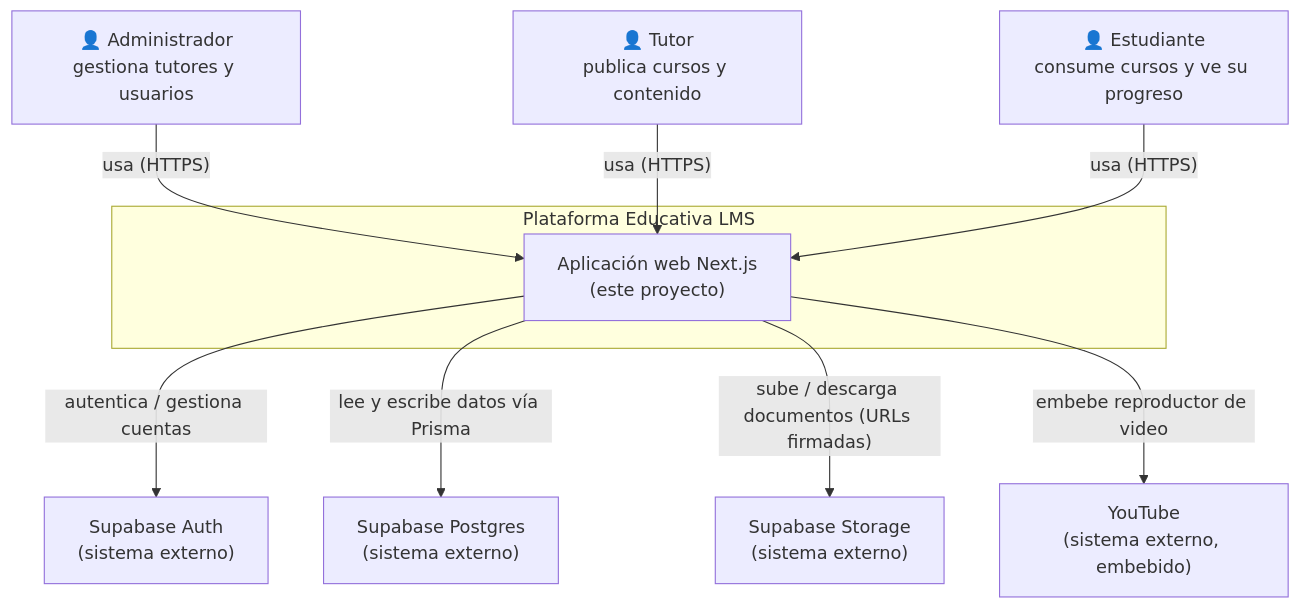
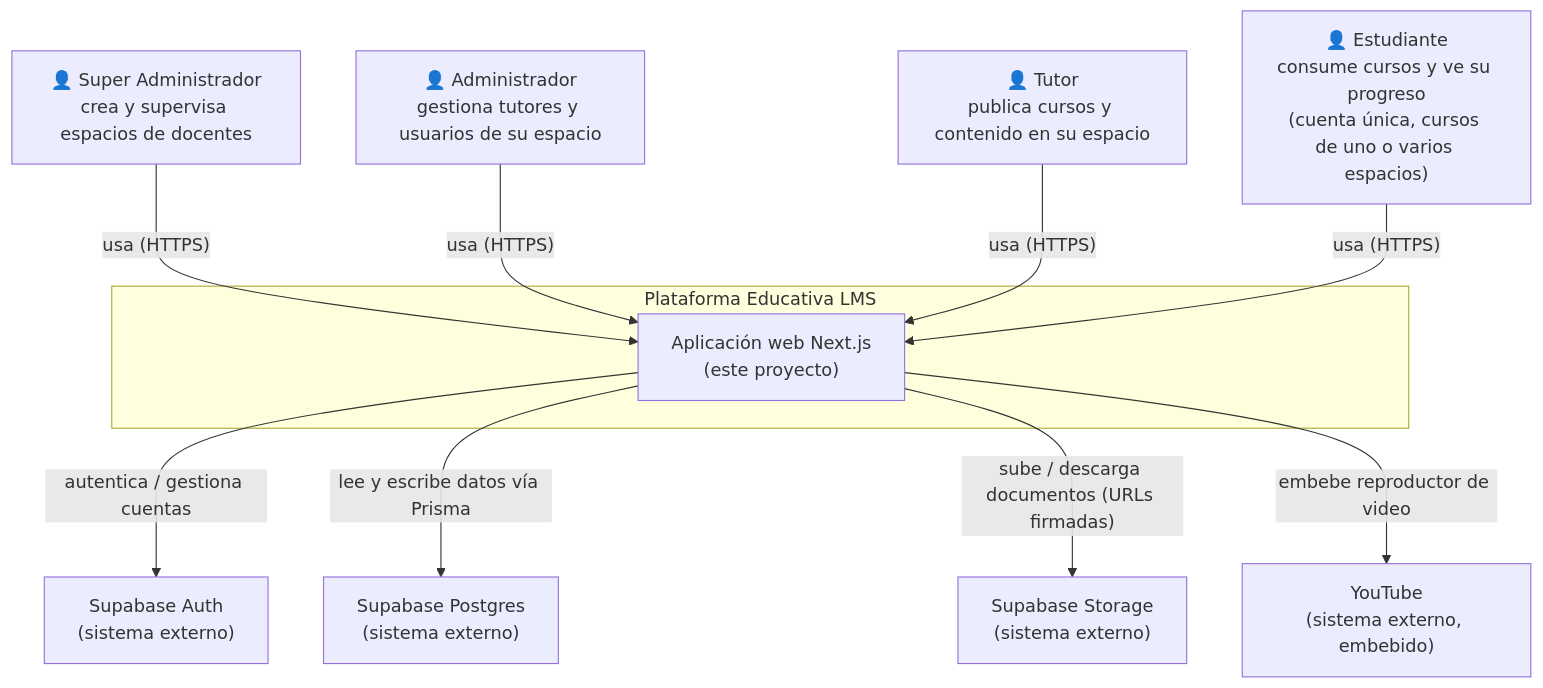
The first of 7 diagrams in Diagrama_de_Arquitectura.md (profefabio-dev/proyecto-lms), drawn with Mermaid before and after one commit. The commit also changed other lines of this file and 5 other files, not shown here.

````diff
--- a/Diagrama_de_Arquitectura.md
+++ b/Diagrama_de_Arquitectura.md
@@ -13,24 +16,26 @@
 ```mermaid
 flowchart TB
-    Admin["👤 Administrador<br/>gestiona tutores y usuarios"]
-    Tutor["👤 Tutor<br/>publica cursos y contenido"]
-    Estudiante["👤 Estudiante<br/>consume cursos y ve su progreso"]
+    SuperAdmin["👤 Super Administrador<br/>crea y supervisa espacios de docentes"]
+    Admin["👤 Administrador<br/>gestiona tutores y usuarios de su espacio"]
+    Tutor["👤 Tutor<br/>publica cursos y contenido en su espacio"]
+    Estudiante["👤 Estudiante<br/>consume cursos y ve su progreso<br/>(cuenta única, cursos de uno o varios espacios)"]
 
     subgraph Sistema["Plataforma Educativa LMS"]
         LMS["Aplicación web Next.js<br/>(este proyecto)"]
     end
 
     Auth["Supabase Auth<br/>(sistema externo)"]
     DB["Supabase Postgres<br/>(sistema externo)"]
     Storage["Supabase Storage<br/>(sistema externo)"]
     YouTube["YouTube<br/>(sistema externo, embebido)"]
 
+    SuperAdmin -->|"usa (HTTPS)"| LMS
     Admin -->|"usa (HTTPS)"| LMS
     Tutor -->|"usa (HTTPS)"| LMS
     Estudiante -->|"usa (HTTPS)"| LMS
 
     LMS -->|"autentica / gestiona cuentas"| Auth
     LMS -->|"lee y escribe datos vía Prisma"| DB
     LMS -->|"sube / descarga documentos (URLs firmadas)"| Storage
     LMS -->|"embebe reproductor de video"| YouTube
 ```
````
